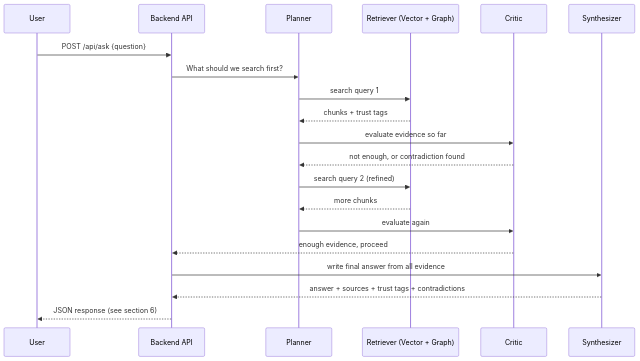
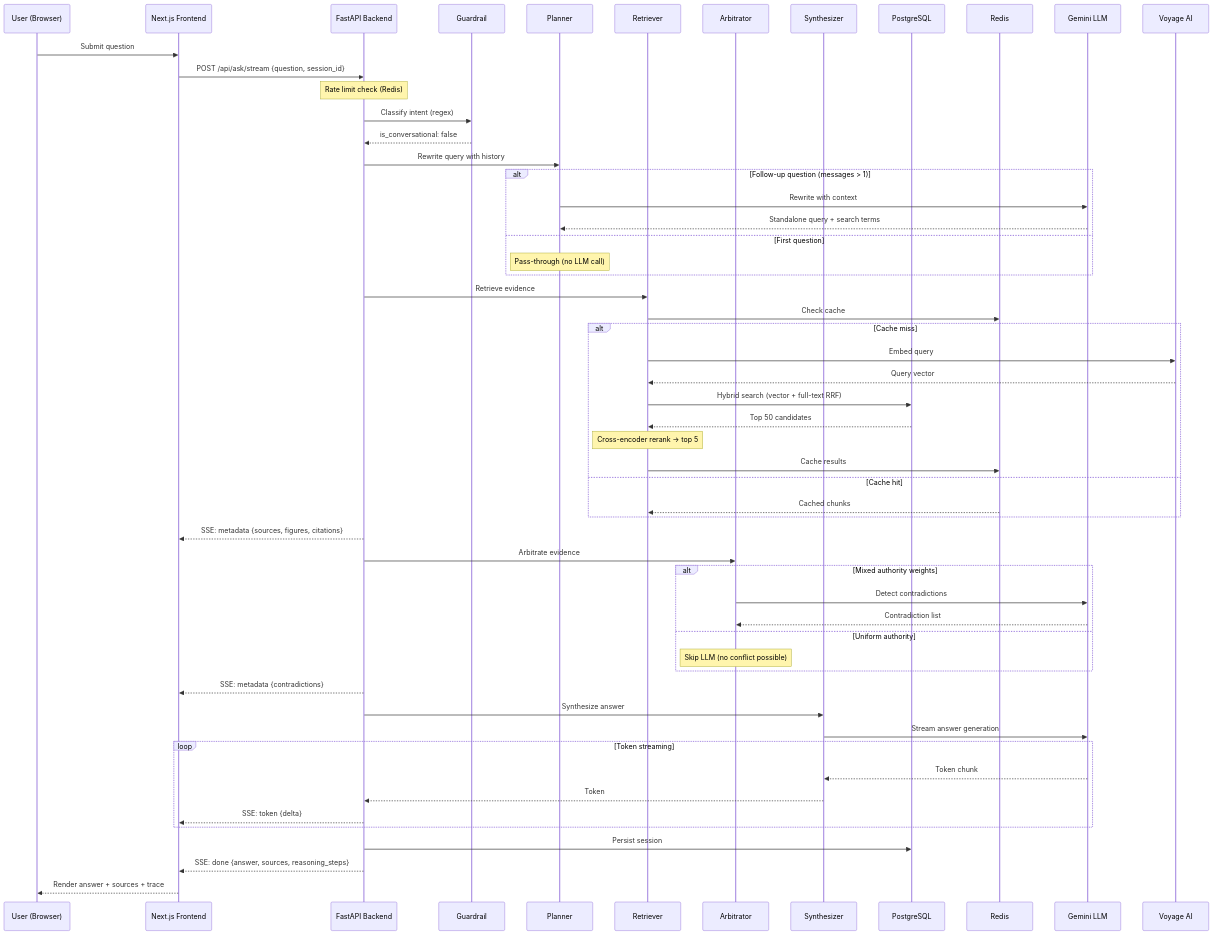
The third of 3 diagrams in docs/architecture.md (NayanthaNethsara/Hermes), drawn with Mermaid before and after one commit. The commit also changed other lines of this file and 12 other files, not shown here.

Commit message:
Remove limitations documentation, add build prompts for project scaffolding and ingestion pipeline, and introduce user flows for system interactions.

````diff
--- a/docs/architecture.md
+++ b/docs/architecture.md
@@ -65,23 +105,67 @@
 ```mermaid
 sequenceDiagram
-    participant U as User
-    participant API as Backend API
-    participant P as Planner
-    participant R as Retriever (Vector + Graph)
-    participant C as Critic
-    participant S as Synthesizer
+    participant U as User (Browser)
+    participant FE as Next.js Frontend
+    participant API as FastAPI Backend
+    participant GR as Guardrail
+    participant PL as Planner
+    participant RT as Retriever
+    participant AR as Arbitrator
+    participant SY as Synthesizer
+    participant PG as PostgreSQL
+    participant RD as Redis
+    participant GM as Gemini LLM
+    participant VY as Voyage AI
 
-    U->>API: POST /api/ask {question}
-    API->>P: What should we search first?
-    P->>R: search query 1
-    R-->>P: chunks + trust tags
-    P->>C: evaluate evidence so far
-    C-->>P: not enough, or contradiction found
-    P->>R: search query 2 (refined)
-    R-->>P: more chunks
-    P->>C: evaluate again
-    C-->>API: enough evidence, proceed
-    API->>S: write final answer from all evidence
-    S-->>API: answer + sources + trust tags + contradictions
-    API-->>U: JSON response (see section 6)
+    U->>FE: Submit question
+    FE->>API: POST /api/ask/stream {question, session_id}
+    Note over API: Rate limit check (Redis)
+
+    API->>GR: Classify intent (regex)
+    GR-->>API: is_conversational: false
+
+    API->>PL: Rewrite query with history
+    alt Follow-up question (messages > 1)
+        PL->>GM: Rewrite with context
+        GM-->>PL: Standalone query + search terms
+    else First question
+        Note over PL: Pass-through (no LLM call)
+    end
+
+    API->>RT: Retrieve evidence
+    RT->>RD: Check cache
+    alt Cache miss
+        RT->>VY: Embed query
+        VY-->>RT: Query vector
+        RT->>PG: Hybrid search (vector + full-text RRF)
+        PG-->>RT: Top 50 candidates
+        Note over RT: Cross-encoder rerank → top 5
+        RT->>RD: Cache results
+    else Cache hit
+        RD-->>RT: Cached chunks
+    end
+
+    API-->>FE: SSE: metadata {sources, figures, citations}
+
+    API->>AR: Arbitrate evidence
+    alt Mixed authority weights
+        AR->>GM: Detect contradictions
+        GM-->>AR: Contradiction list
+    else Uniform authority
+        Note over AR: Skip LLM (no conflict possible)
+    end
+
+    API-->>FE: SSE: metadata {contradictions}
+
+    API->>SY: Synthesize answer
+    SY->>GM: Stream answer generation
+    loop Token streaming
+        GM-->>SY: Token chunk
+        SY-->>API: Token
+        API-->>FE: SSE: token {delta}
+    end
+
+    API->>PG: Persist session
+    API-->>FE: SSE: done {answer, sources, reasoning_steps}
+    FE-->>U: Render answer + sources + trace
 ```
````
